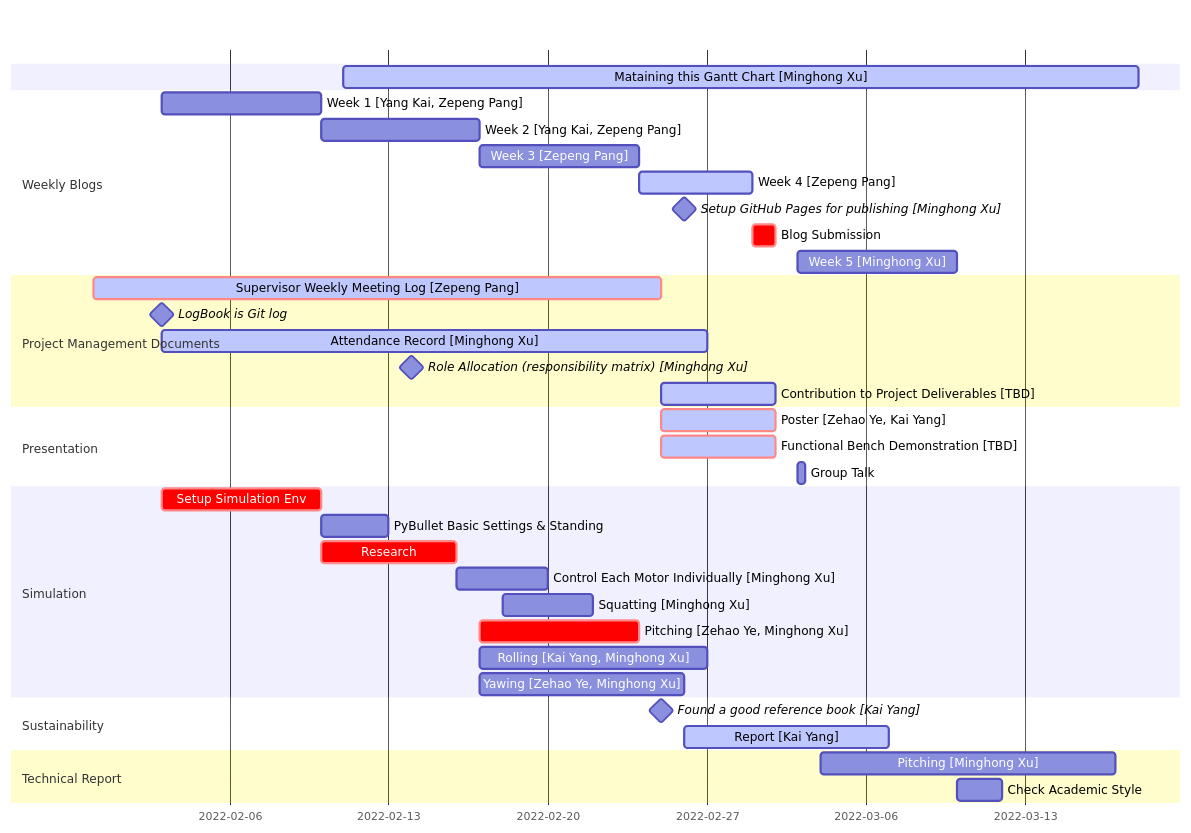
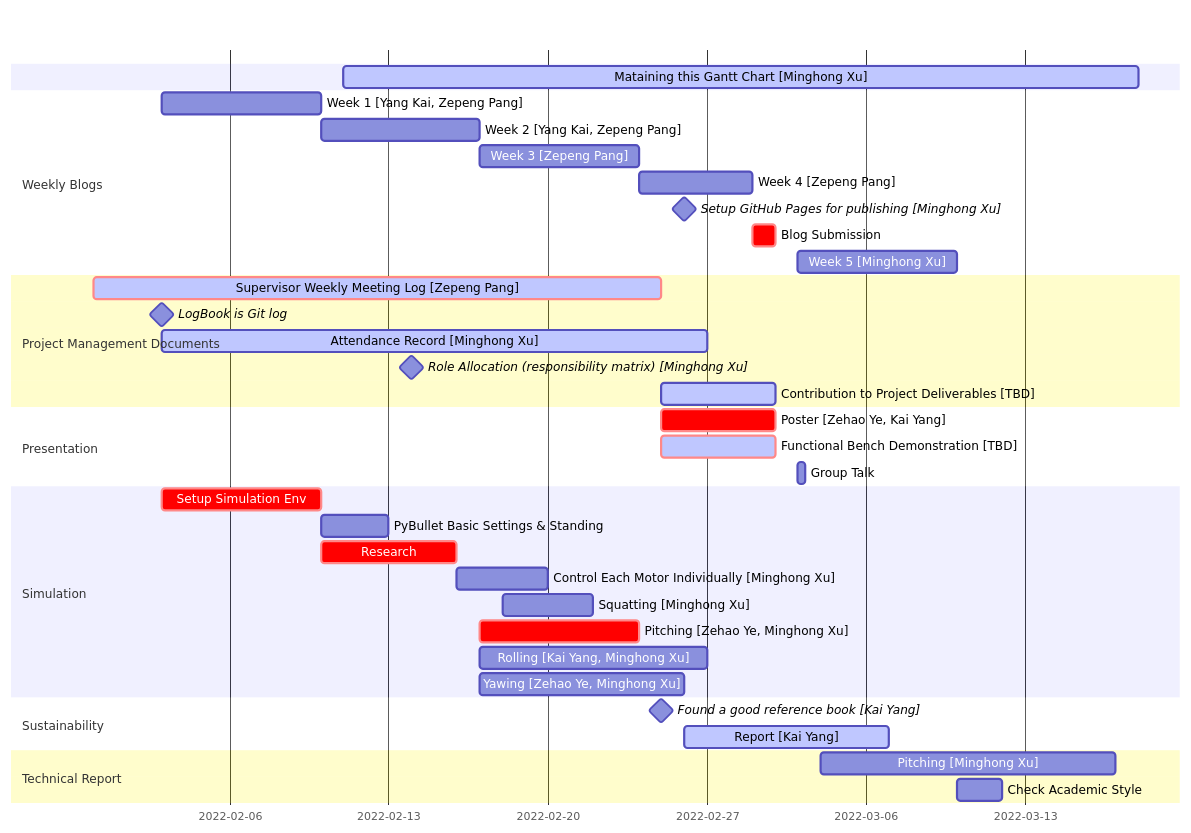
One commit to minghongx/year2-project changed the diagram in README.md. Above: the diagram before and after it, drawn with Mermaid. The commit also changed other lines of this file, not shown here.

````diff
--- a/README.md
+++ b/README.md
@@ -6,45 +6,45 @@
 ```mermaid
 gantt
     dateFormat  YYYY-MM-DD
 
     Mataining this Gantt Chart [Minghong Xu] : active, 2022-02-11, 2022-03-18
 
     section Weekly Blogs
     Week 1 [Yang Kai, Zepeng Pang] : blog1, 2022-02-03, 7d
     Week 2 [Yang Kai, Zepeng Pang] : blog2, after blog1, 7d
     Week 3 [Zepeng Pang] : blog3, after blog2, 7d
-    Week 4 [Zepeng Pang] : active, blog4, after blog3, 5d
+    Week 4 [Zepeng Pang] : blog4, after blog3, 5d
     Setup GitHub Pages for publishing [Minghong Xu] : milestone, 2022-02-26, 0d
     Blog Submission : crit, after blog4, 2022-03-02
     Week 5 [Minghong Xu] : 2022-03-03, 7d
 
     section Project Management Documents
     Supervisor Weekly Meeting Log [Zepeng Pang] : crit, active, 2022-01-31, 2022-02-25
     LogBook is Git log: milestone, 2022-02-03, 0d
     Attendance Record [Minghong Xu] : active, 2022-02-03, 2022-02-27
     Role Allocation (responsibility matrix) [Minghong Xu] : milestone, 2022-02-14, 0d
     Contribution to Project Deliverables [TBD] : active, 2022-02-25, 2022-03-02
 
     section Presentation
-    Poster [Zehao Ye, Kai Yang] : crit, active, 2022-02-25, 2022-03-02
+    Poster [Zehao Ye, Kai Yang] : crit, 2022-02-25, 2022-03-02
     Functional Bench Demonstration [TBD] : crit, active, 2022-02-25, 2022-03-02
     Group Talk : 2022-03-03, 8h
 
     section Simulation
     Setup Simulation Env : crit, setup_sim_env, 2022-02-03, 7d
     PyBullet Basic Settings & Standing :after setup_sim_env, 3d
     Research : crit, research, after setup_sim_env, 6d
     Control Each Motor Individually [Minghong Xu] : after research, 2022-02-20
     Squatting [Minghong Xu] : 2022-02-18, 2022-02-22
     Pitching [Zehao Ye, Minghong Xu] : crit, 2022-02-17, 2022-02-24
     Rolling [Kai Yang, Minghong Xu] : 2022-02-17, 2022-02-27
     Yawing [Zehao Ye, Minghong Xu] : 2022-02-17, 2022-02-26
 
     section Sustainability
     Found a good reference book [Kai Yang] : milestone, 2022-02-25, 0d
     Report [Kai Yang] : active, 2022-02-26, 2022-03-07
 
     section Technical Report
     Pitching [Minghong Xu] : 2022-03-04, 2022-03-17
     Check Academic Style : 2022-03-10, 2d
 ```
````
